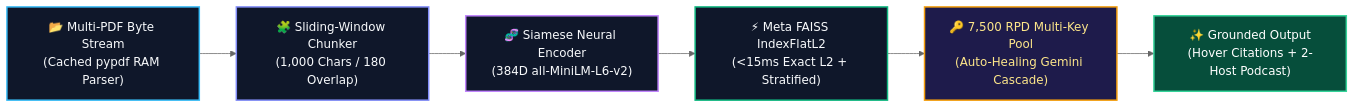
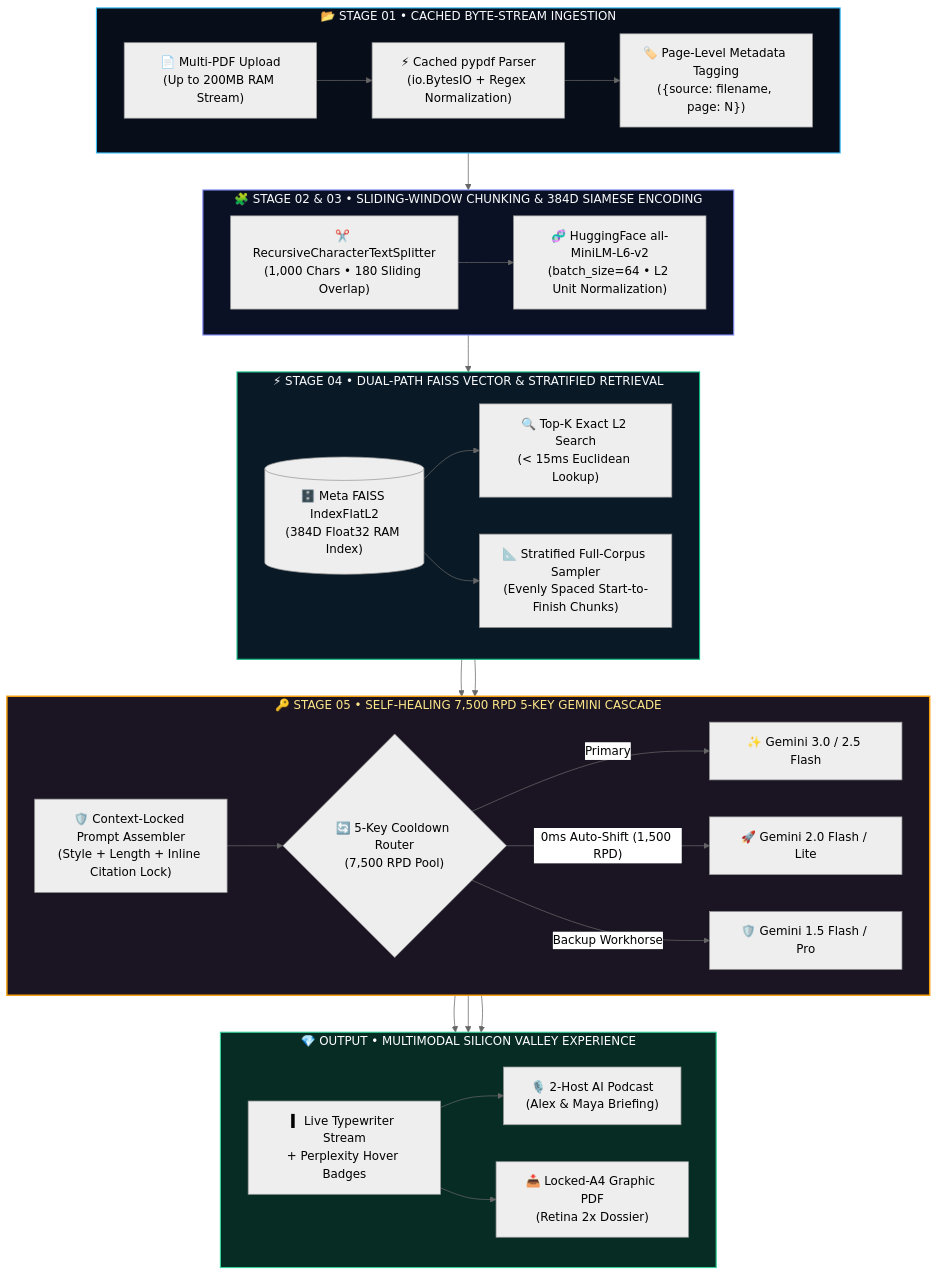
Before and after one commit to deeprxx/VeriRAG: the first of 3 diagrams in README.md, drawn with Mermaid (neutral theme). The commit also changed other lines of this file, not shown here.

````diff
--- a/README.md
+++ b/README.md
@@ -79,15 +169,43 @@
 ```mermaid
-flowchart LR
-    A["📂 Multi-PDF Byte Stream\n(Cached pypdf RAM Parser)"] --> B["🧩 Sliding-Window Chunker\n(1,000 Chars / 180 Overlap)"]
-    B --> C["🧬 Siamese Neural Encoder\n(384D all-MiniLM-L6-v2)"]
-    C --> D["⚡ Meta FAISS IndexFlatL2\n(<15ms Exact L2 + Stratified)"]
-    D --> E["🔑 7,500 RPD Multi-Key Pool\n(Auto-Healing Gemini Cascade)"]
-    E --> F["✨ Grounded Output\n(Hover Citations + 2-Host Podcast)"]
+flowchart TB
+    subgraph S1["📂 STAGE 01 • CACHED BYTE-STREAM INGESTION"]
+        direction LR
+        PDF["📄 Multi-PDF Upload\n(Up to 200MB RAM Stream)"] --> PYPDF["⚡ Cached pypdf Parser\n(io.BytesIO + Regex Normalization)"]
+        PYPDF --> META["🏷️ Page-Level Metadata Tagging\n({source: filename, page: N})"]
+    end
 
-    style A fill:#0f172a,stroke:#38bdf8,stroke-width:2px,color:#f8fafc
-    style B fill:#0f172a,stroke:#818cf8,stroke-width:2px,color:#f8fafc
-    style C fill:#0f172a,stroke:#c084fc,stroke-width:2px,color:#f8fafc
-    style D fill:#0f172a,stroke:#10b981,stroke-width:2px,color:#f8fafc
-    style E fill:#1e1b4b,stroke:#f59e0b,stroke-width:2px,color:#fde68a
-    style F fill:#064e3b,stroke:#34d399,stroke-width:2px,color:#ffffff
+    subgraph S2["🧩 STAGE 02 & 03 • SLIDING-WINDOW CHUNKING & 384D SIAMESE ENCODING"]
+        direction LR
+        META --> CHUNK["✂️ RecursiveCharacterTextSplitter\n(1,000 Chars • 180 Sliding Overlap)"]
+        CHUNK --> MINILM["🧬 HuggingFace all-MiniLM-L6-v2\n(batch_size=64 • L2 Unit Normalization)"]
+    end
+
+    subgraph S3["⚡ STAGE 04 • DUAL-PATH FAISS VECTOR & STRATIFIED RETRIEVAL"]
+        direction LR
+        MINILM --> FAISS[("🗄️ Meta FAISS IndexFlatL2\n(384D Float32 RAM Index)")]
+        FAISS --> SEM["🔍 Top-K Exact L2 Search\n(< 15ms Euclidean Lookup)"]
+        FAISS --> STRAT["📐 Stratified Full-Corpus Sampler\n(Evenly Spaced Start-to-Finish Chunks)"]
+    end
+
+    subgraph S4["🔑 STAGE 05 • SELF-HEALING 7,500 RPD 5-KEY GEMINI CASCADE"]
+        direction LR
+        SEM & STRAT --> PROMPT["🛡️ Context-Locked Prompt Assembler\n(Style + Length + Inline Citation Lock)"]
+        PROMPT --> ROUTER{"🔄 5-Key Cooldown Router\n(7,500 RPD Pool)"}
+        ROUTER -- "Primary" --> G30["✨ Gemini 3.0 / 2.5 Flash"]
+        ROUTER -- "0ms Auto-Shift (1,500 RPD)" --> G20["🚀 Gemini 2.0 Flash / Lite"]
+        ROUTER -- "Backup Workhorse" --> G15["🛡️ Gemini 1.5 Flash / Pro"]
+    end
+
+    subgraph S5["💎 OUTPUT • MULTIMODAL SILICON VALLEY EXPERIENCE"]
+        direction LR
+        G30 & G20 & G15 --> STREAM["▍ Live Typewriter Stream\n+ Perplexity Hover Badges"]
+        STREAM --> POD["🎙️ 2-Host AI Podcast\n(Alex & Maya Briefing)"]
+        STREAM --> A4["📥 Locked-A4 Graphic PDF\n(Retina 2x Dossier)"]
+    end
+
+    style S1 fill:#070d19,stroke:#38bdf8,stroke-width:1.5px,color:#f8fafc
+    style S2 fill:#0b1124,stroke:#818cf8,stroke-width:1.5px,color:#f8fafc
+    style S3 fill:#091926,stroke:#10b981,stroke-width:1.5px,color:#f8fafc
+    style S4 fill:#1a1423,stroke:#f59e0b,stroke-width:2px,color:#fde68a
+    style S5 fill:#062c24,stroke:#34d399,stroke-width:1.5px,color:#ffffff
 ```
````
